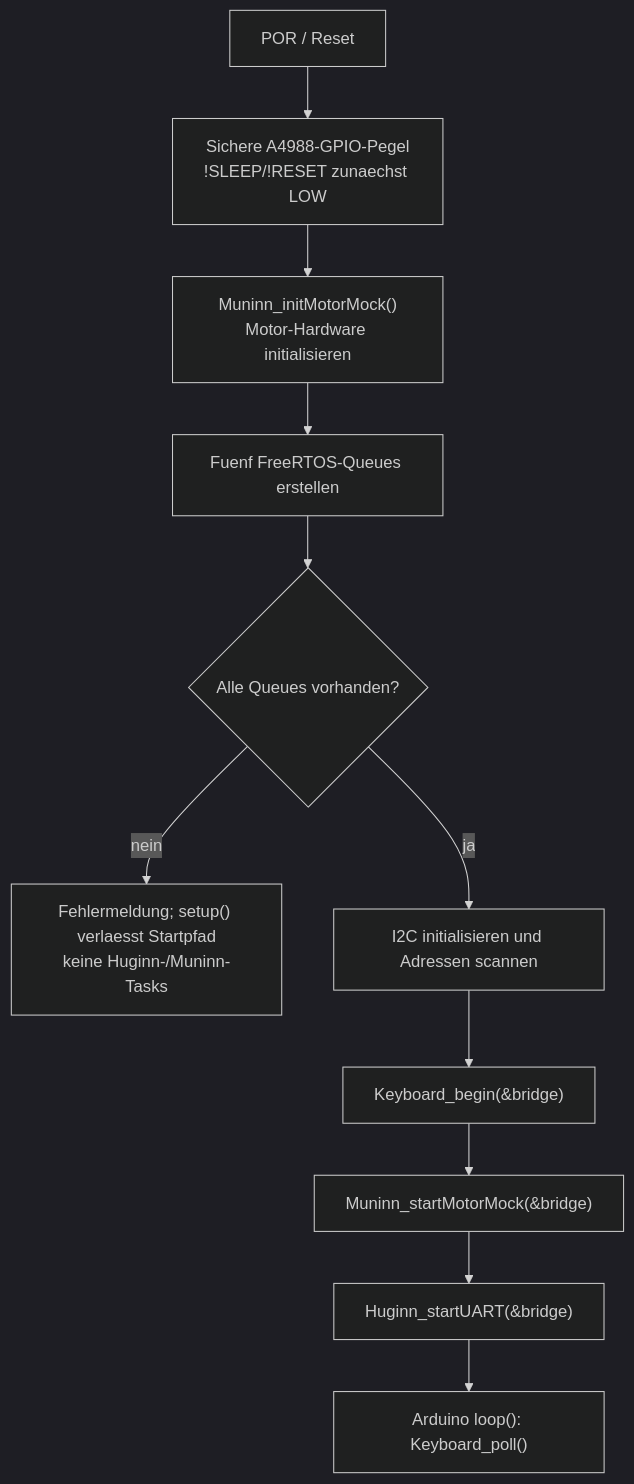
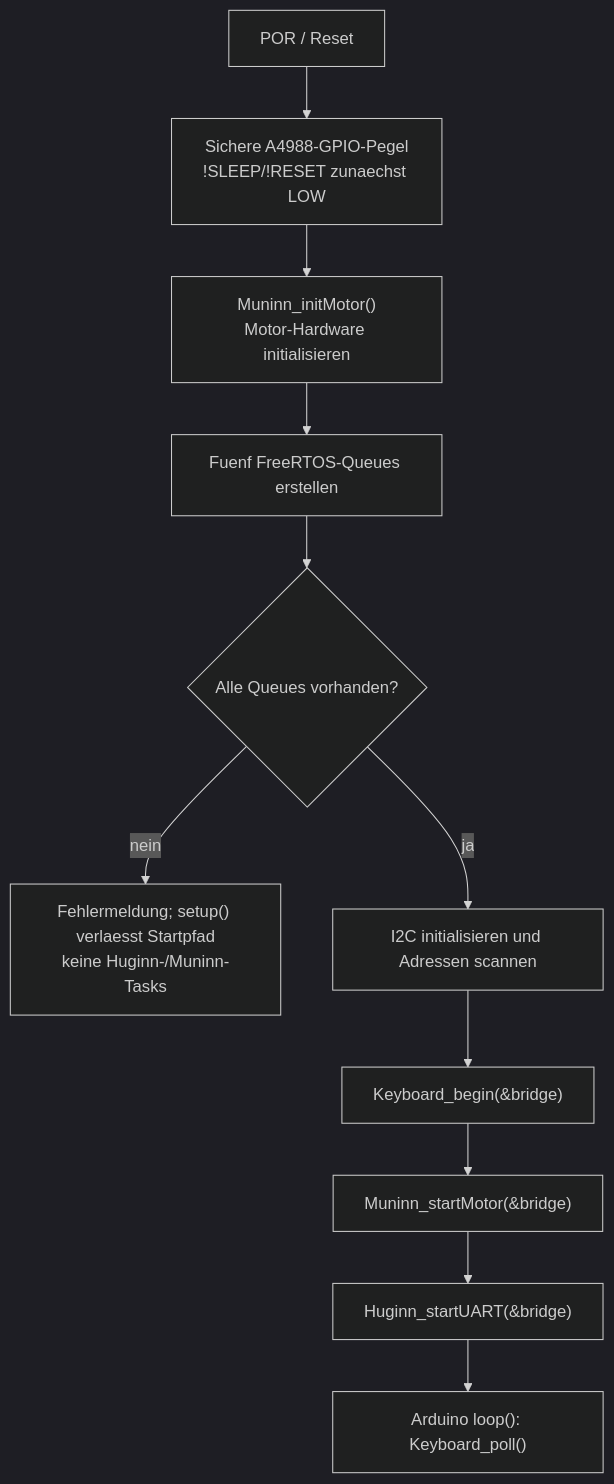
The second of 3 diagrams in FY_ESP32/docs/SYSTEM_ARCHITECTURE.md (ErikaB-sys/Fiddle_yard_UVB), drawn with Mermaid (dark theme) before and after one commit. The commit also changed 6 other files, not shown here.

First line of the commit message:
refactor(Muninn): remove MotorMock names refs #173

````diff
--- a/FY_ESP32/docs/SYSTEM_ARCHITECTURE.md
+++ b/FY_ESP32/docs/SYSTEM_ARCHITECTURE.md
@@ -37,13 +37,13 @@
 ```mermaid
 flowchart TD
     A["POR / Reset"] --> B["Sichere A4988-GPIO-Pegel<br/>!SLEEP/!RESET zunaechst LOW"]
-    B --> C["Muninn_initMotorMock()<br/>Motor-Hardware initialisieren"]
+    B --> C["Muninn_initMotor()<br/>Motor-Hardware initialisieren"]
     C --> D["Fuenf FreeRTOS-Queues erstellen"]
     D --> E{"Alle Queues vorhanden?"}
     E -->|nein| F["Fehlermeldung; setup() verlaesst Startpfad<br/>keine Huginn-/Muninn-Tasks"]
     E -->|ja| G["I2C initialisieren und Adressen scannen"]
     G --> H["Keyboard_begin(&bridge)"]
-    H --> I["Muninn_startMotorMock(&bridge)"]
+    H --> I["Muninn_startMotor(&bridge)"]
     I --> J["Huginn_startUART(&bridge)"]
     J --> K["Arduino loop(): Keyboard_poll()"]
 ```
````
